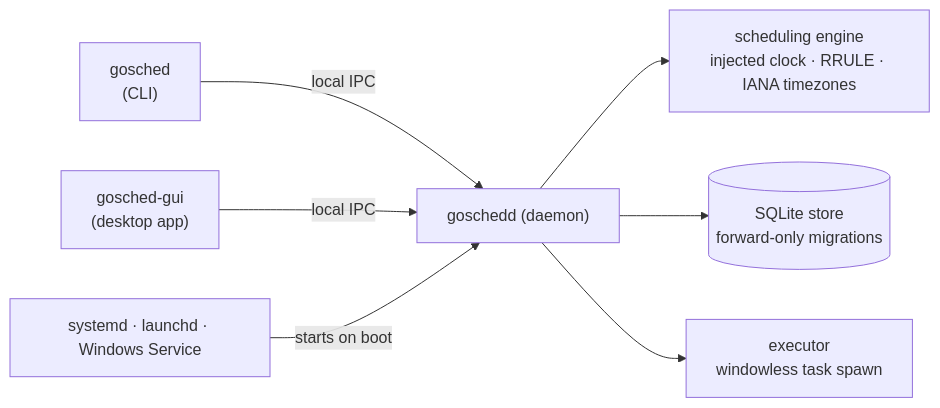
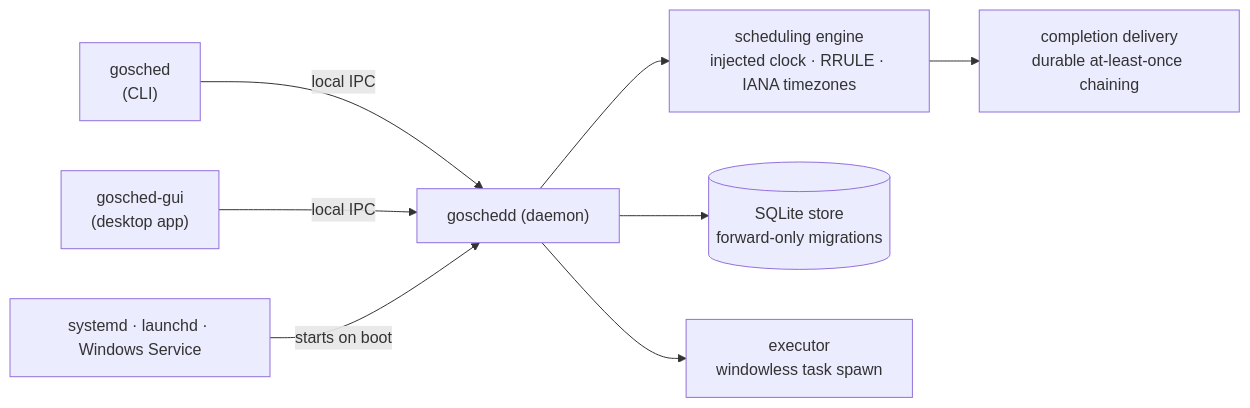
One commit to shruggietech/go-schedule changed the diagram in README.md. Above: the diagram before and after it, drawn with Mermaid. The commit also changed other lines of this file and 61 other files, not shown here.

First line of the commit message:
feat: add durable task-completion chains (#78)

````diff
--- a/README.md
+++ b/README.md
@@ -208,10 +223,11 @@
 ```mermaid
 flowchart LR
     CLI["gosched<br/>(CLI)"] -->|local IPC| D
     GUI["gosched-gui<br/>(desktop app)"] -->|local IPC| D
     D["goschedd (daemon)"]
     D --> E["scheduling engine<br/>injected clock · RRULE · IANA timezones"]
     D --> S[("SQLite store<br/>forward-only migrations")]
     D --> X["executor<br/>windowless task spawn"]
+	E --> C["completion delivery<br/>durable at-least-once chaining"]
     SVC["systemd · launchd · Windows Service"] -->|starts on boot| D
 ```
````
